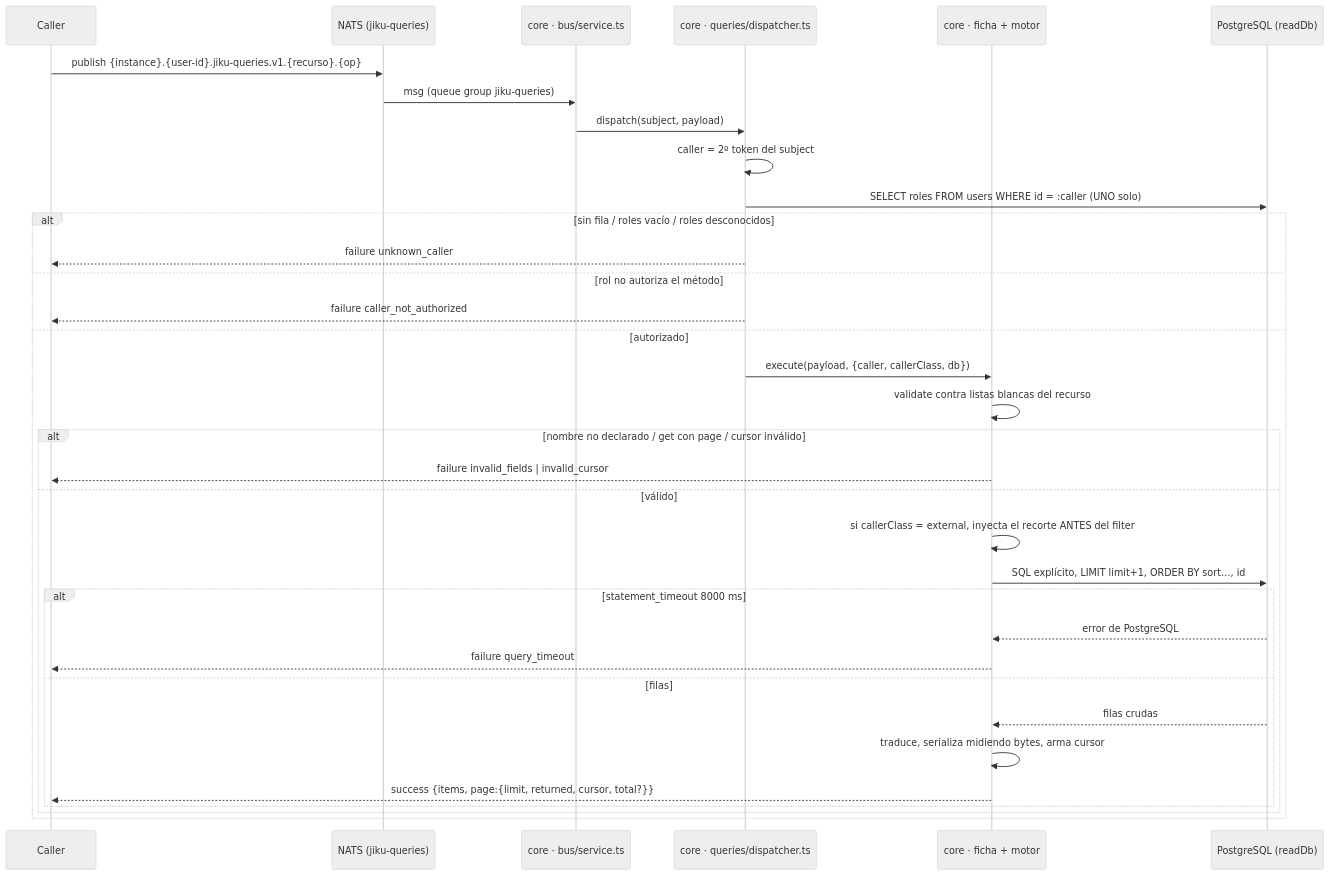
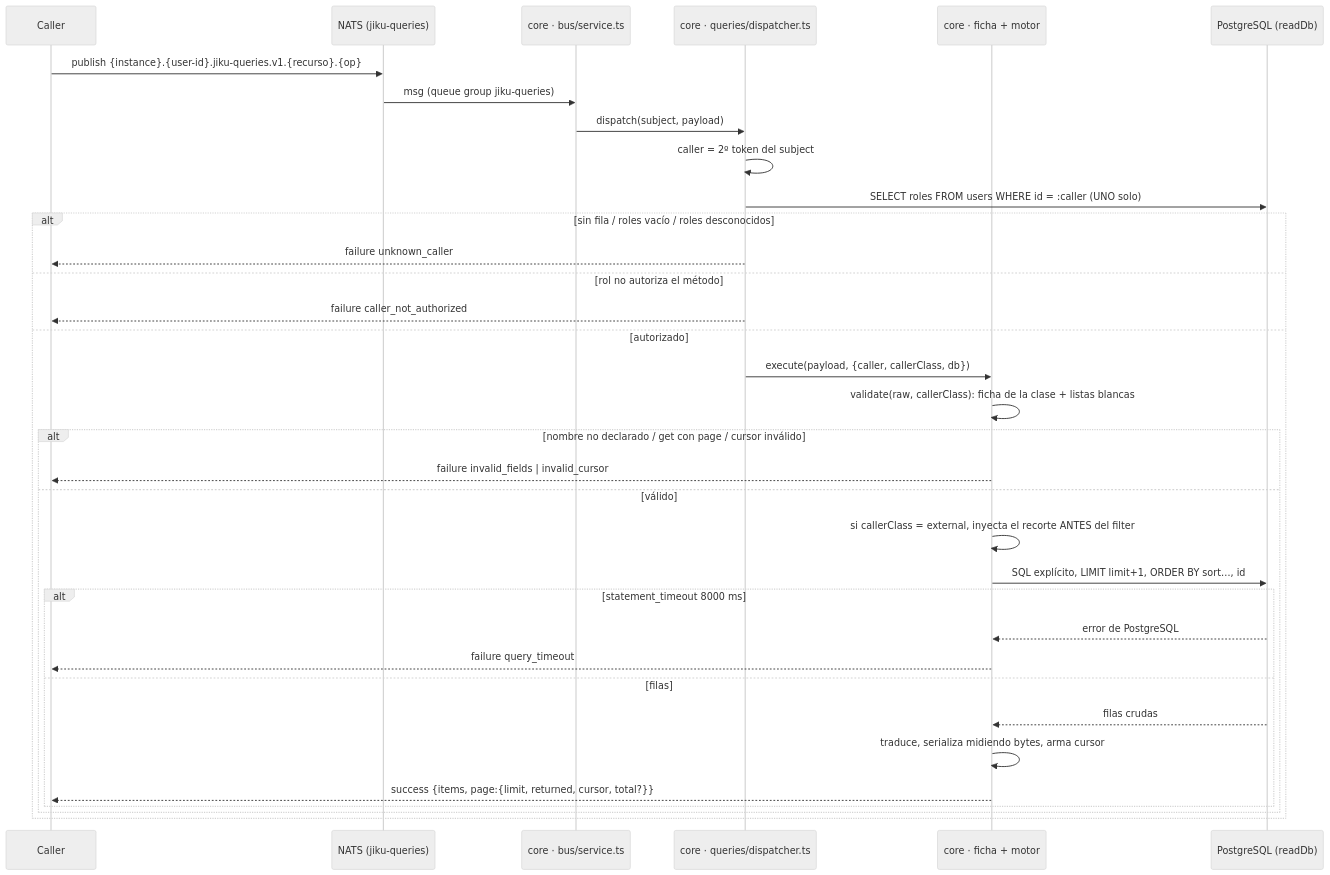
One commit to gravadigital/jiku changed the diagram in docs/flows/consulta-por-el-bus.md. Above: the diagram before and after it, drawn with Mermaid (neutral theme). The commit also changed other lines of this file and 7 other files, not shown here.

````diff
--- a/docs/flows/consulta-por-el-bus.md
+++ b/docs/flows/consulta-por-el-bus.md
@@ -187,37 +187,37 @@
 ```mermaid
 sequenceDiagram
     participant C as Caller
     participant N as NATS (jiku-queries)
     participant S as core · bus/service.ts
     participant D as core · queries/dispatcher.ts
     participant Q as core · ficha + motor
     participant DB as PostgreSQL (readDb)
 
     C->>N: publish {instance}.{user-id}.jiku-queries.v1.{recurso}.{op}
     N->>S: msg (queue group jiku-queries)
     S->>D: dispatch(subject, payload)
     D->>D: caller = 2º token del subject
     D->>DB: SELECT roles FROM users WHERE id = :caller (UNO solo)
     alt sin fila / roles vacío / roles desconocidos
         D-->>C: failure unknown_caller
     else rol no autoriza el método
         D-->>C: failure caller_not_authorized
     else autorizado
         D->>Q: execute(payload, {caller, callerClass, db})
-        Q->>Q: validate contra listas blancas del recurso
+        Q->>Q: validate(raw, callerClass): ficha de la clase + listas blancas
         alt nombre no declarado / get con page / cursor inválido
             Q-->>C: failure invalid_fields | invalid_cursor
         else válido
             Q->>Q: si callerClass = external, inyecta el recorte ANTES del filter
             Q->>DB: SQL explícito, LIMIT limit+1, ORDER BY sort…, id
             alt statement_timeout 8000 ms
                 DB-->>Q: error de PostgreSQL
                 Q-->>C: failure query_timeout
             else filas
                 DB-->>Q: filas crudas
                 Q->>Q: traduce, serializa midiendo bytes, arma cursor
                 Q-->>C: success {items, page:{limit, returned, cursor, total?}}
             end
         end
     end
 ```
````
